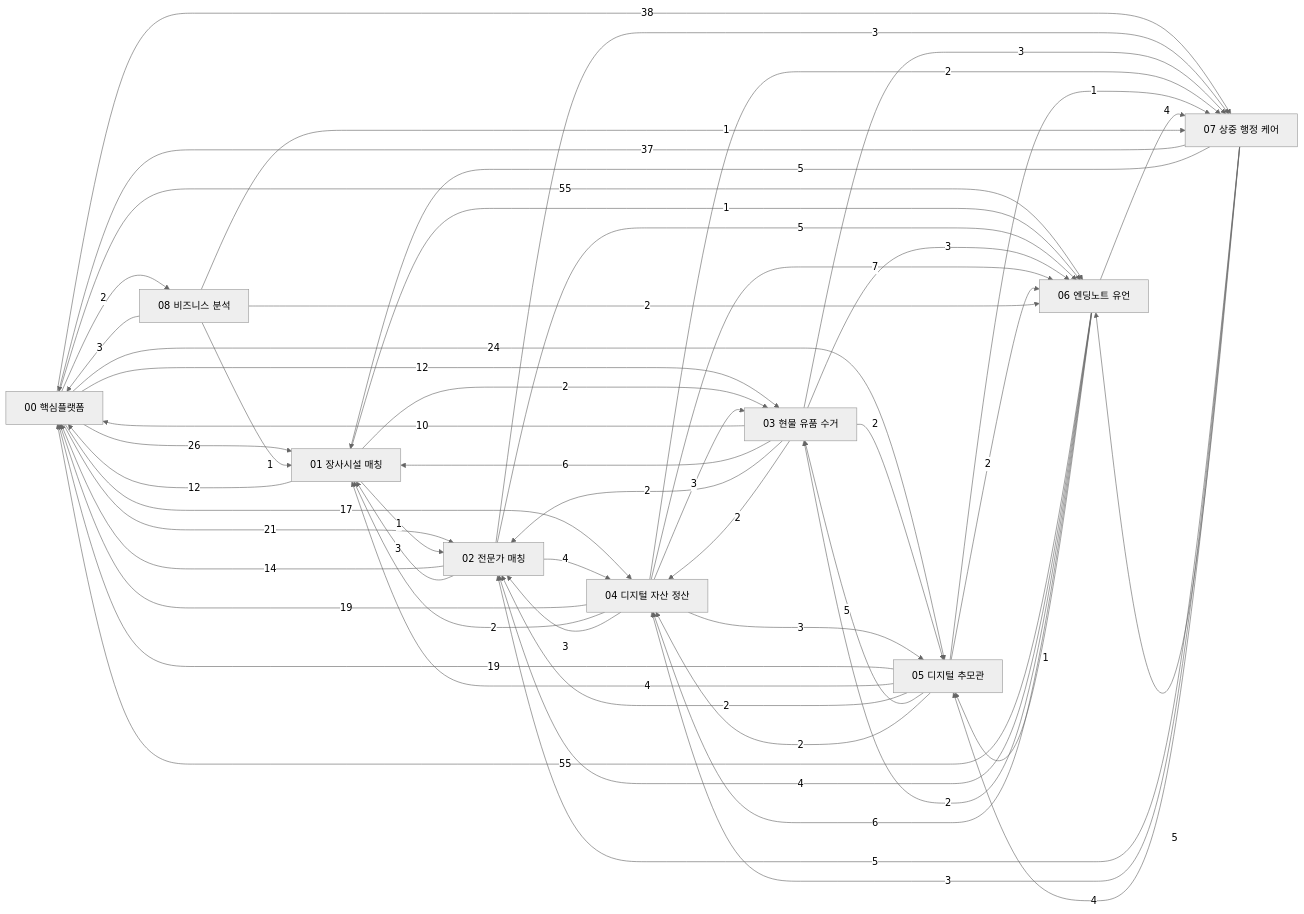
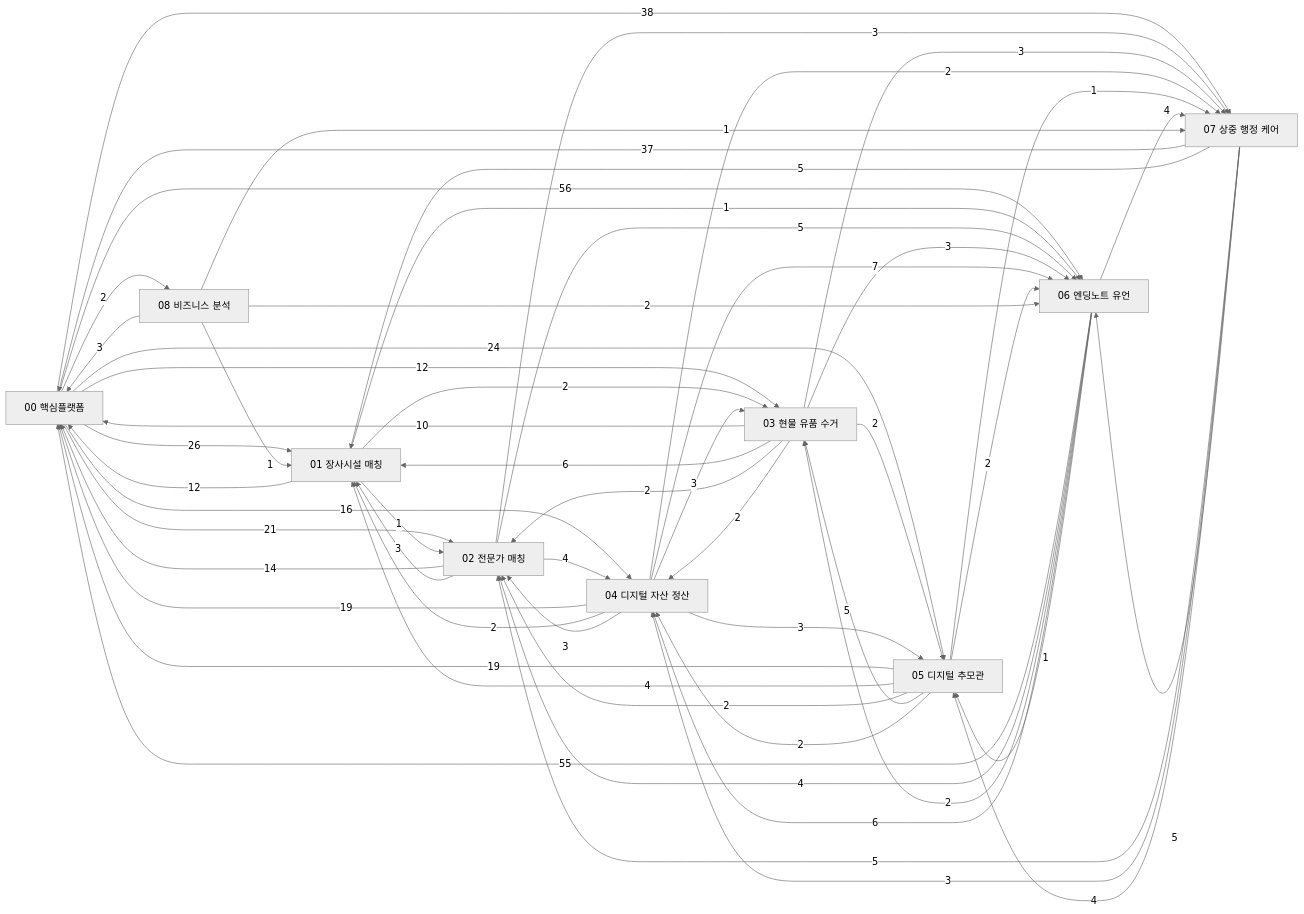
Before and after one commit to Hyunews/Eobom: the diagram in docs/00_DOCS_INDEX.md, drawn with Mermaid (neutral theme). The commit also changed other lines of this file and 4 other files, not shown here.

````diff
--- a/docs/00_DOCS_INDEX.md
+++ b/docs/00_DOCS_INDEX.md
@@ -53,66 +53,66 @@
 ```mermaid
 flowchart LR
   D00["00 핵심플랫폼"]
   D01["01 장사시설 매칭"]
   D02["02 전문가 매칭"]
   D03["03 현물 유품 수거"]
   D04["04 디지털 자산 정산"]
   D05["05 디지털 추모관"]
   D06["06 엔딩노트 유언"]
   D07["07 상중 행정 케어"]
   D08["08 비즈니스 분석"]
   D00 -->|26| D01
   D00 -->|21| D02
   D00 -->|12| D03
-  D00 -->|17| D04
+  D00 -->|16| D04
   D00 -->|24| D05
-  D00 -->|55| D06
+  D00 -->|56| D06
   D00 -->|38| D07
   D00 -->|2| D08
   D01 -->|12| D00
   D01 -->|1| D02
   D01 -->|2| D03
   D01 -->|1| D06
   D02 -->|14| D00
   D02 -->|3| D01
   D02 -->|4| D04
   D02 -->|5| D06
   D02 -->|3| D07
   D03 -->|10| D00
   D03 -->|6| D01
   D03 -->|2| D02
   D03 -->|2| D04
   D03 -->|2| D05
   D03 -->|3| D06
   D03 -->|3| D07
   D04 -->|19| D00
   D04 -->|2| D01
   D04 -->|3| D02
   D04 -->|3| D03
   D04 -->|3| D05
   D04 -->|7| D06
   D04 -->|2| D07
   D05 -->|19| D00
   D05 -->|4| D01
   D05 -->|2| D02
   D05 -->|5| D03
   D05 -->|2| D04
   D05 -->|2| D06
   D05 -->|1| D07
   D06 -->|55| D00
   D06 -->|4| D02
   D06 -->|2| D03
   D06 -->|6| D04
   D06 -->|1| D05
   D06 -->|4| D07
   D07 -->|37| D00
   D07 -->|5| D01
   D07 -->|5| D02
   D07 -->|3| D04
   D07 -->|4| D05
   D07 -->|5| D06
   D08 -->|3| D00
   D08 -->|1| D01
   D08 -->|2| D06
   D08 -->|1| D07
 ```
````
